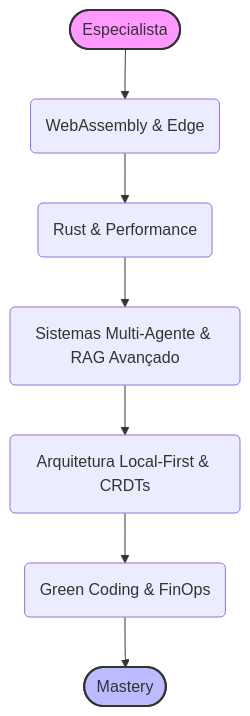
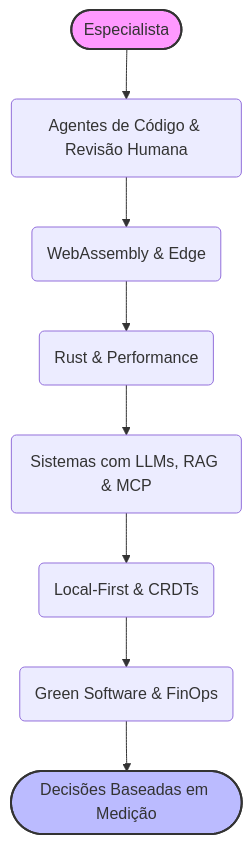
The diagram in roadmaps/general/2026-specialist-patterns.md (juninmd/roadmap-developer), drawn with Mermaid before and after one commit. The commit also changed other lines of this file and 22 other files, not shown here.

````diff
--- a/roadmaps/general/2026-specialist-patterns.md
+++ b/roadmaps/general/2026-specialist-patterns.md
@@ -5,12 +5,13 @@
 ```mermaid
 flowchart TD
-    Start([Especialista]) --> Wasm(WebAssembly & Edge)
+    Start([Especialista]) --> Agents(Agentes de Código & Revisão Humana)
+    Agents --> Wasm(WebAssembly & Edge)
     Wasm --> Rust(Rust & Performance)
-    Rust --> AI_Agents(Sistemas Multi-Agente & RAG Avançado)
-    AI_Agents --> LocalFirst(Arquitetura Local-First & CRDTs)
-    LocalFirst --> FinOps(Green Coding & FinOps)
-    FinOps --> Spec([Mastery])
+    Rust --> AI_Agents(Sistemas com LLMs, RAG & MCP)
+    AI_Agents --> LocalFirst(Local-First & CRDTs)
+    LocalFirst --> FinOps(Green Software & FinOps)
+    FinOps --> Spec([Decisões Baseadas em Medição])
 
     style Start fill:#f9f,stroke:#333,stroke-width:2px
     style Spec fill:#bbf,stroke:#333,stroke-width:2px
 ```
````
